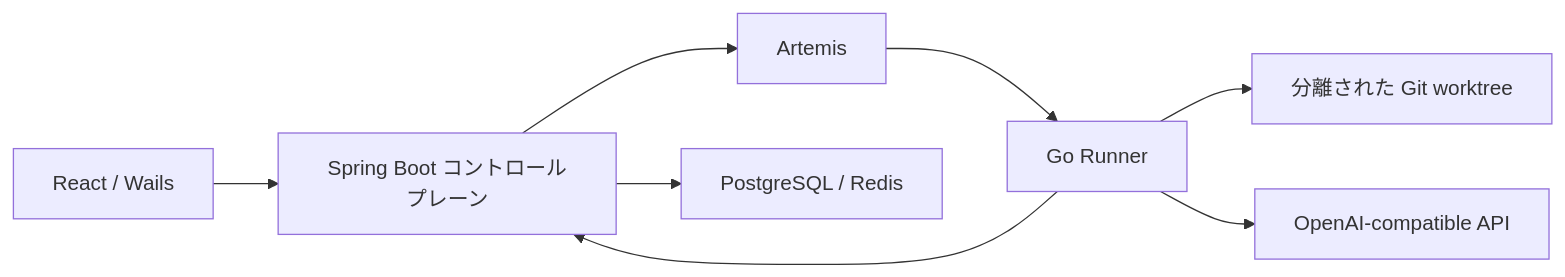
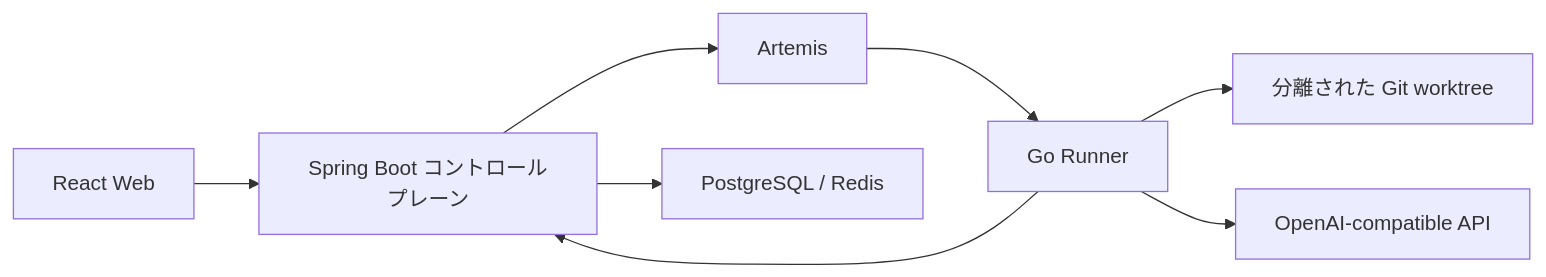
The diagram in README.ja.md (lgcyuzusakura/proofcode), drawn with Mermaid before and after one commit. The commit also changed other lines of this file and 3 other files, not shown here.

````diff
--- a/README.ja.md
+++ b/README.ja.md
@@ -127,10 +129,10 @@
 ```mermaid
 flowchart LR
-    UI["React / Wails"] --> CP["Spring Boot コントロールプレーン"]
+    UI["React Web"] --> CP["Spring Boot コントロールプレーン"]
     CP --> MQ["Artemis"]
     MQ --> RUN["Go Runner"]
     RUN --> WS["分離された Git worktree"]
     RUN --> MODEL["OpenAI-compatible API"]
     RUN --> CP
     CP --> STORE["PostgreSQL / Redis"]
 ```
````
